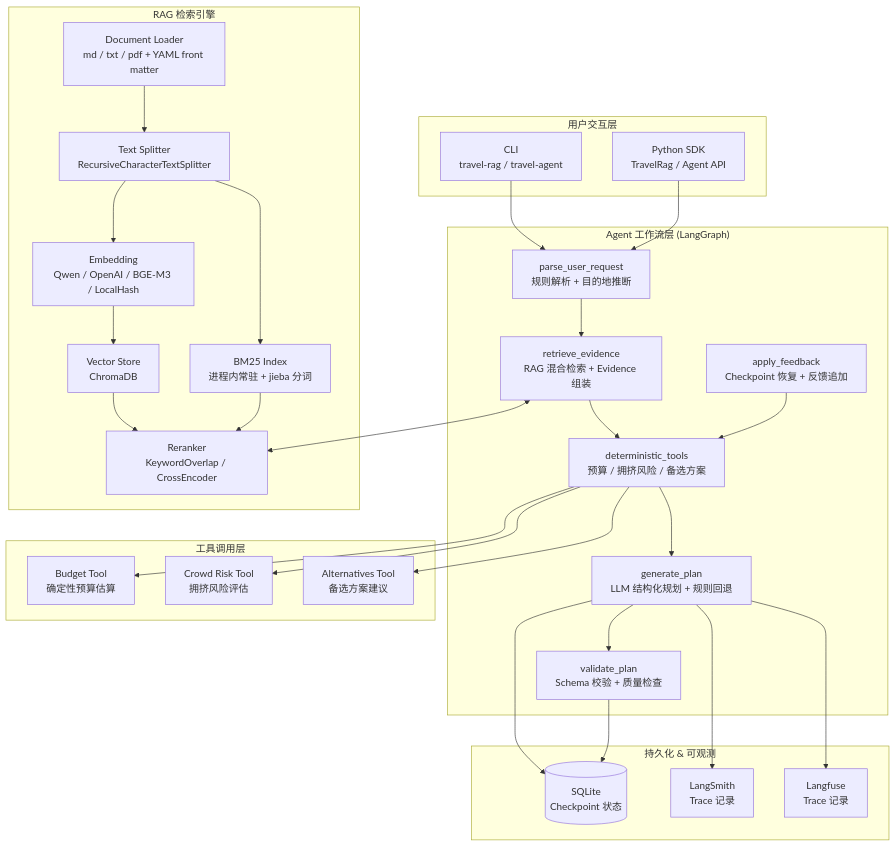
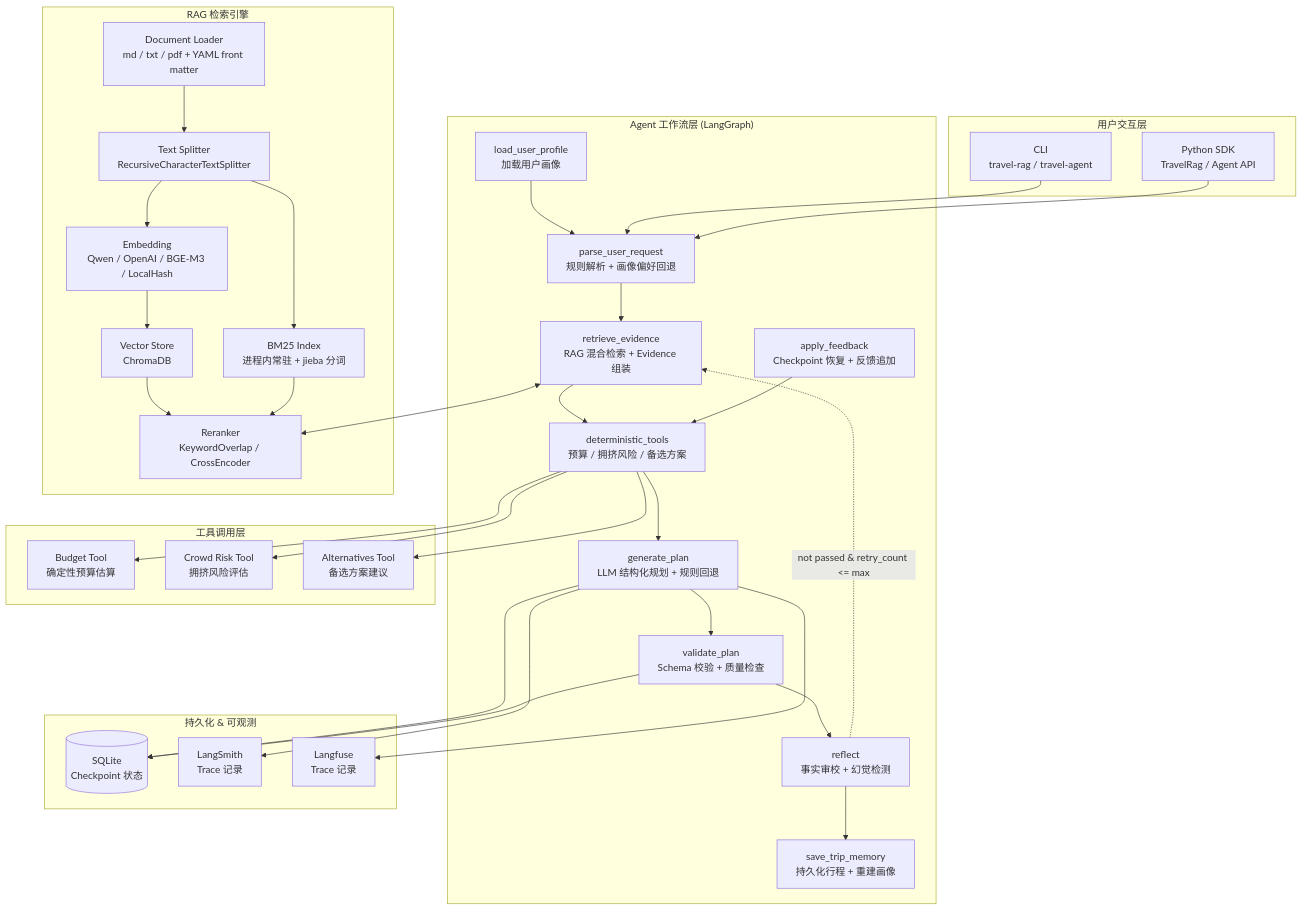
The first of 3 diagrams in README.md (camellia-ssj/travel-planner-agent), drawn with Mermaid before and after one commit. The commit also changed other lines of this file and 33 other files, not shown here.

````diff
--- a/README.md
+++ b/README.md
@@ -11,56 +50,60 @@
 ```mermaid
 graph TB
     subgraph "用户交互层"
         CLI["CLI<br/>travel-rag / travel-agent"]
         API["Python SDK<br/>TravelRag / Agent API"]
     end
 
     subgraph "Agent 工作流层 (LangGraph)"
-        PARSE["parse_user_request<br/>规则解析 + 目的地推断"]
+        MEMORY_LOAD["load_user_profile<br/>加载用户画像"]
+        PARSE["parse_user_request<br/>规则解析 + 画像偏好回退"]
         RETRIEVE["retrieve_evidence<br/>RAG 混合检索 + Evidence 组装"]
         TOOLS["deterministic_tools<br/>预算 / 拥挤风险 / 备选方案"]
         GENERATE["generate_plan<br/>LLM 结构化规划 + 规则回退"]
         VALIDATE["validate_plan<br/>Schema 校验 + 质量检查"]
+        REFLECT["reflect<br/>事实审校 + 幻觉检测"]
+        MEMORY_SAVE["save_trip_memory<br/>持久化行程 + 重建画像"]
         FEEDBACK["apply_feedback<br/>Checkpoint 恢复 + 反馈追加"]
 
-        PARSE --> RETRIEVE --> TOOLS --> GENERATE --> VALIDATE
+        MEMORY_LOAD --> PARSE --> RETRIEVE --> TOOLS --> GENERATE --> VALIDATE --> REFLECT --> MEMORY_SAVE
+        REFLECT -.->|"not passed & retry_count <= max"| RETRIEVE
         FEEDBACK --> TOOLS
     end
 
     subgraph "RAG 检索引擎"
         LOADER["Document Loader<br/>md / txt / pdf + YAML front matter"]
         SPLITTER["Text Splitter<br/>RecursiveCharacterTextSplitter"]
         EMBED["Embedding<br/>Qwen / OpenAI / BGE-M3 / LocalHash"]
         VECTOR["Vector Store<br/>ChromaDB"]
         BM25["BM25 Index<br/>进程内常驻 + jieba 分词"]
         RERANK["Reranker<br/>KeywordOverlap / CrossEncoder"]
 
         LOADER --> SPLITTER --> EMBED --> VECTOR
         SPLITTER --> BM25
         VECTOR --> RERANK
         BM25 --> RERANK
     end
 
     subgraph "工具调用层"
         BUDGET["Budget Tool<br/>确定性预算估算"]
         CROWD["Crowd Risk Tool<br/>拥挤风险评估"]
         ALT["Alternatives Tool<br/>备选方案建议"]
     end
 
     subgraph "持久化 & 可观测"
         SQLITE[("SQLite<br/>Checkpoint 状态")]
         LANGSMITH["LangSmith<br/>Trace 记录"]
         LANGFUSE["Langfuse<br/>Trace 记录"]
     end
 
     CLI --> PARSE
     API --> PARSE
     RETRIEVE <--> RERANK
     TOOLS --> BUDGET
     TOOLS --> CROWD
     TOOLS --> ALT
     GENERATE --> SQLITE
     VALIDATE --> SQLITE
     GENERATE --> LANGSMITH
     GENERATE --> LANGFUSE
 ```
````
